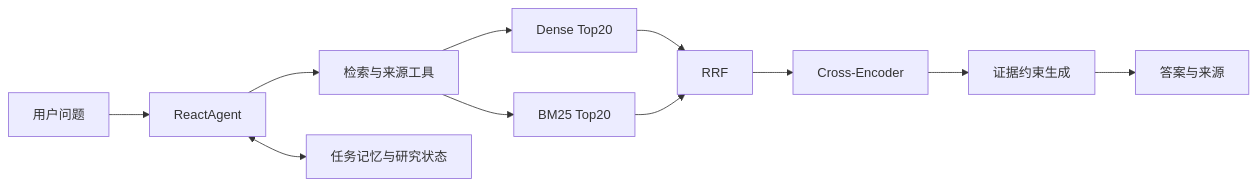
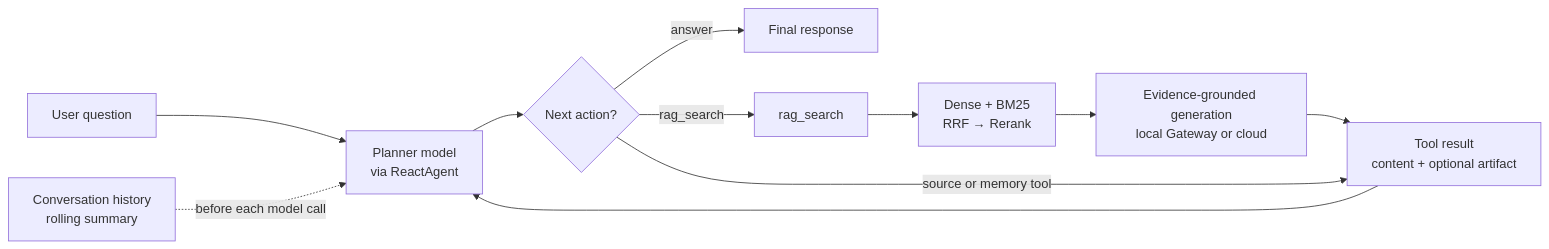
Before and after one commit to BreadmanOvO/LocalRAG: the diagram in README.md, drawn with Mermaid. The commit also changed other lines of this file and 43 other files, not shown here.

````diff
--- a/README.md
+++ b/README.md
@@ -9,13 +13,13 @@
 ```mermaid
 flowchart LR
-    Q[用户问题] --> A[ReactAgent]
-    A --> T[检索与来源工具]
-    T --> D[Dense Top20]
-    T --> B[BM25 Top20]
-    D --> R[RRF]
-    B --> R
-    R --> X[Cross-Encoder]
-    X --> G[证据约束生成]
-    G --> O[答案与来源]
-    A <--> M[任务记忆与研究状态]
+    Q[User question] --> P["Planner model<br/>via ReactAgent"]
+    P --> T{Next action?}
+    T -->|answer| O[Final response]
+    T -->|rag_search| R[rag_search]
+    R --> D["Dense + BM25<br/>RRF → Rerank"]
+    D --> G["Evidence-grounded generation<br/>local Gateway or cloud"]
+    G --> M["Tool result<br/>content + optional artifact"]
+    T -->|source or memory tool| M
+    M --> P
+    C["Conversation history<br/>rolling summary"] -. before each model call .-> P
 ```
````
